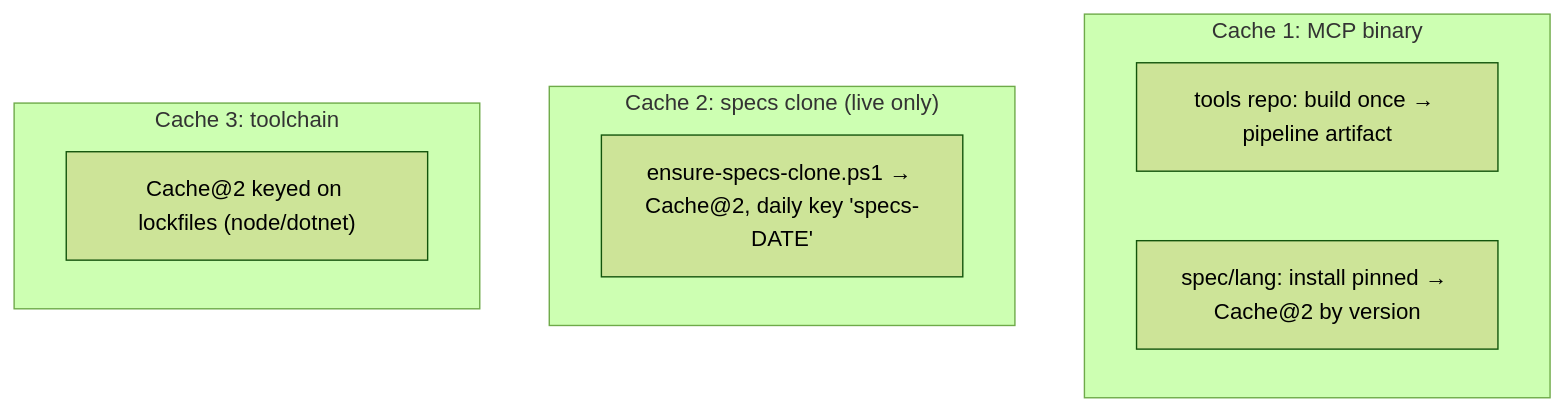
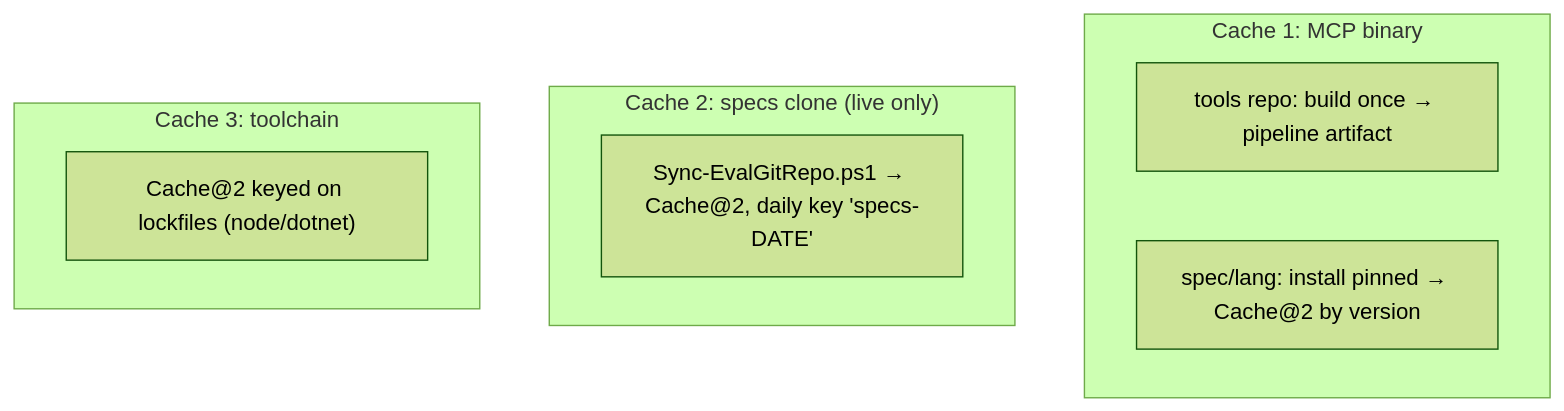
Before and after one commit to Azure/azure-sdk-tools: the sixth of 9 diagrams in tools/azsdk-cli/docs/specs/agent-eval-ci-design.md, drawn with Mermaid (forest theme). The commit also changed other lines of this file and 16 other files, not shown here.

````diff
--- a/tools/azsdk-cli/docs/specs/agent-eval-ci-design.md
+++ b/tools/azsdk-cli/docs/specs/agent-eval-ci-design.md
@@ -250,13 +250,13 @@
 ```mermaid
 flowchart TB
     subgraph C1["Cache 1: MCP binary"]
         B1["tools repo: build once → pipeline artifact"]
         B2["spec/lang: install pinned → Cache@2 by version"]
     end
     subgraph C2["Cache 2: specs clone (live only)"]
-        CL["ensure-specs-clone.ps1 → Cache@2, daily key 'specs-DATE'"]
+        CL["Sync-EvalGitRepo.ps1 → Cache@2, daily key 'specs-DATE'"]
     end
     subgraph C3["Cache 3: toolchain"]
         TC["Cache@2 keyed on lockfiles (node/dotnet)"]
     end
 ```
````
